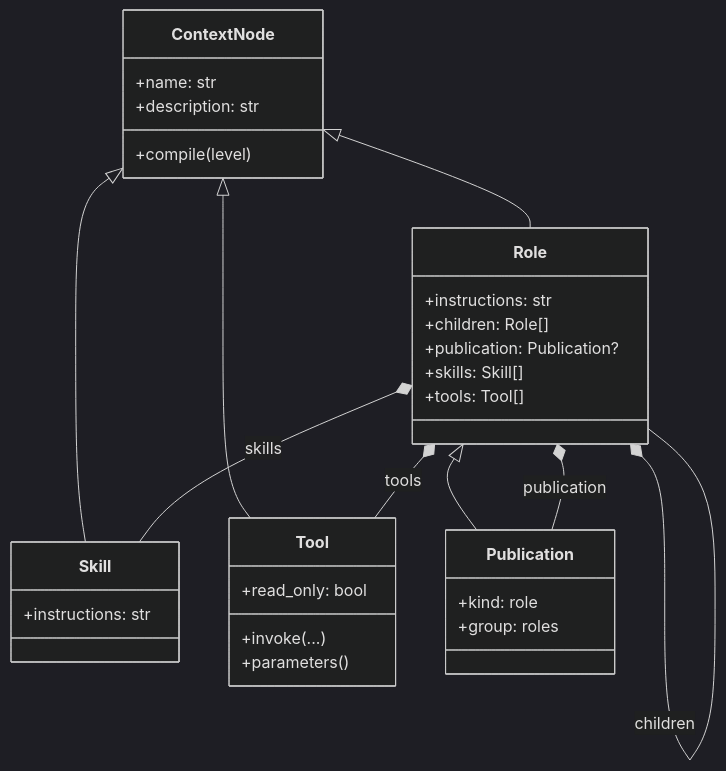
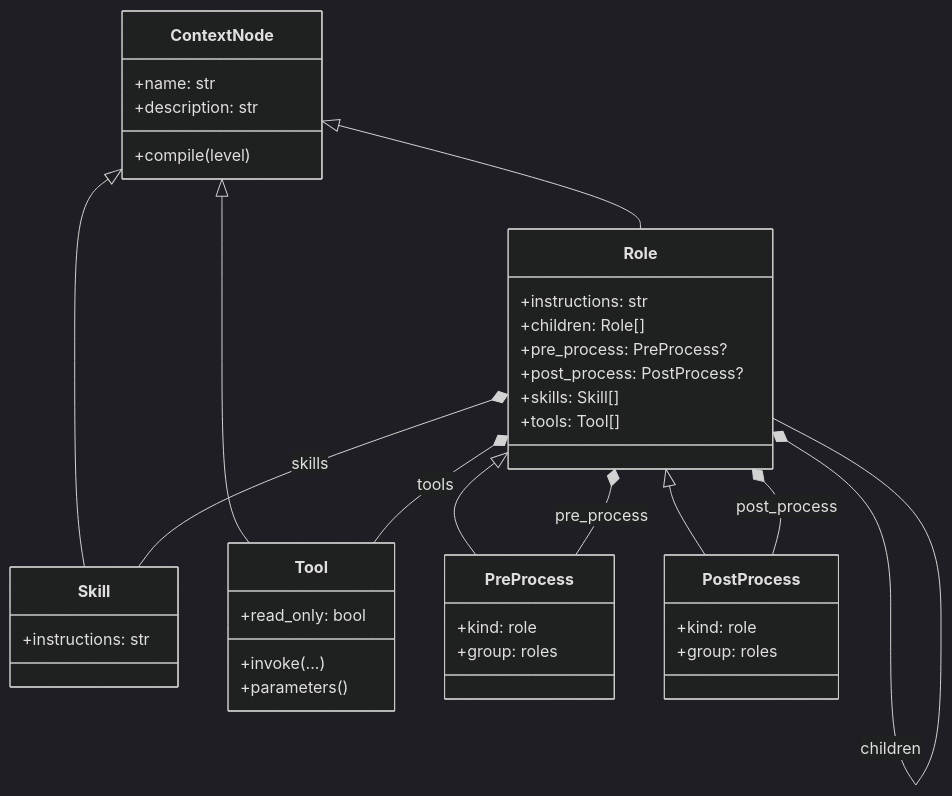
Before and after one commit to CarterShi01/contexture-mcp: the diagram in docs/01-role-object-model.md, drawn with Mermaid (dark theme). The commit also changed other lines of this file and 29 other files, not shown here.

````diff
--- a/docs/01-role-object-model.md
+++ b/docs/01-role-object-model.md
@@ -499,40 +499,48 @@
 ```mermaid
 classDiagram
     class ContextNode {
         +name: str
         +description: str
         +compile(level)
     }
 
     class Role {
         +instructions: str
         +children: Role[]
-        +publication: Publication?
+      +pre_process: PreProcess?
+      +post_process: PostProcess?
         +skills: Skill[]
         +tools: Tool[]
     }
 
     class Skill {
         +instructions: str
     }
 
     class Tool {
         +read_only: bool
         +invoke(...)
         +parameters()
     }
 
-    class Publication {
+    class PreProcess {
+      +kind: role
+      +group: roles
+    }
+
+    class PostProcess {
         +kind: role
         +group: roles
     }
 
     ContextNode <|-- Role
     ContextNode <|-- Skill
     ContextNode <|-- Tool
-    Role <|-- Publication
+    Role <|-- PreProcess
+    Role <|-- PostProcess
     Role *-- Role : children
-    Role *-- Publication : publication
+    Role *-- PreProcess : pre_process
+    Role *-- PostProcess : post_process
     Role *-- Skill : skills
     Role *-- Tool : tools
 ```
````
